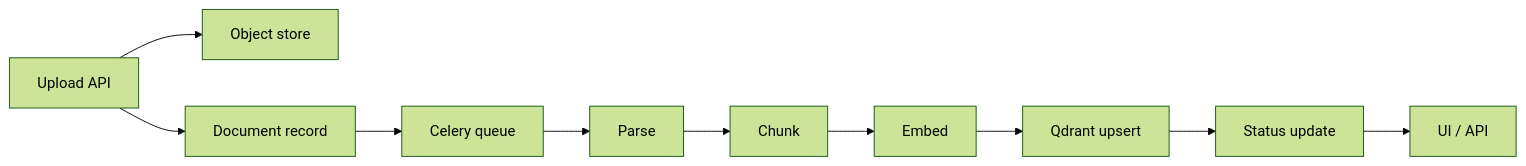
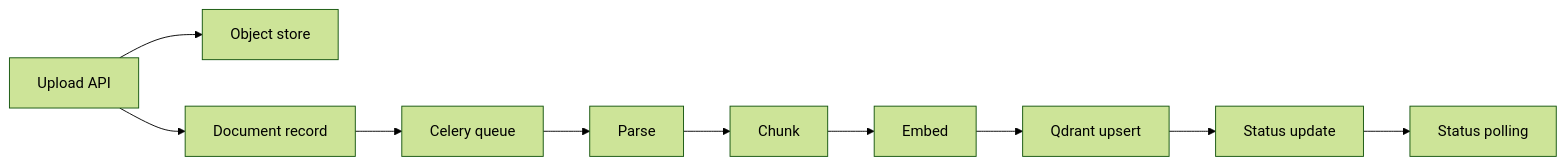
The first of 2 diagrams in docs/architecture/data-flows.md (aniketgiri96/Ragnetic), drawn with Mermaid (forest theme) before and after one commit. The commit also changed other lines of this file and 38 other files, not shown here.

````diff
--- a/docs/architecture/data-flows.md
+++ b/docs/architecture/data-flows.md
@@ -5,12 +5,12 @@
 ```mermaid
 flowchart LR
   Upload[Upload API] --> Store[Object store]
   Upload --> Record[Document record]
   Record --> Queue[Celery queue]
   Queue --> Parse[Parse]
   Parse --> Chunk[Chunk]
   Chunk --> Embed[Embed]
   Embed --> Index[Qdrant upsert]
-  Index --> Notify[Status update]
-  Notify --> UI[UI / API]
+  Index --> Status[Status update]
+  Status --> UI[Status polling]
 ```
````
